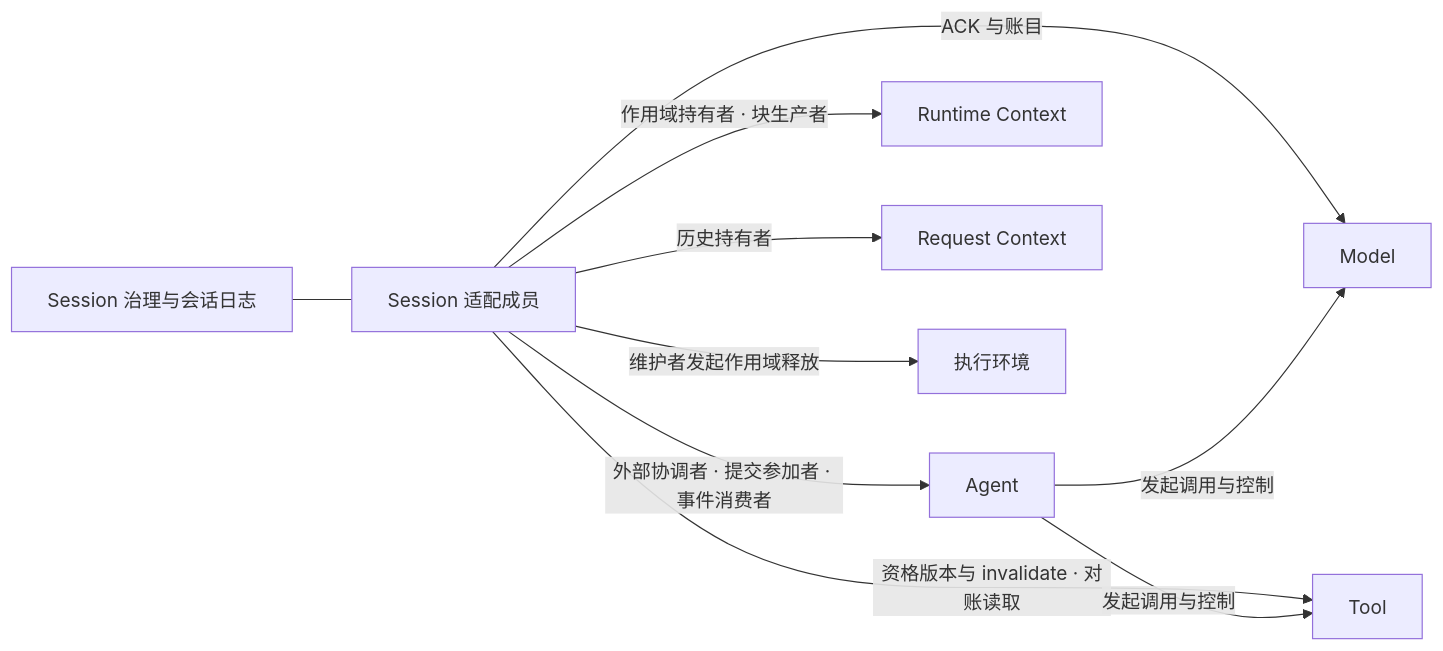
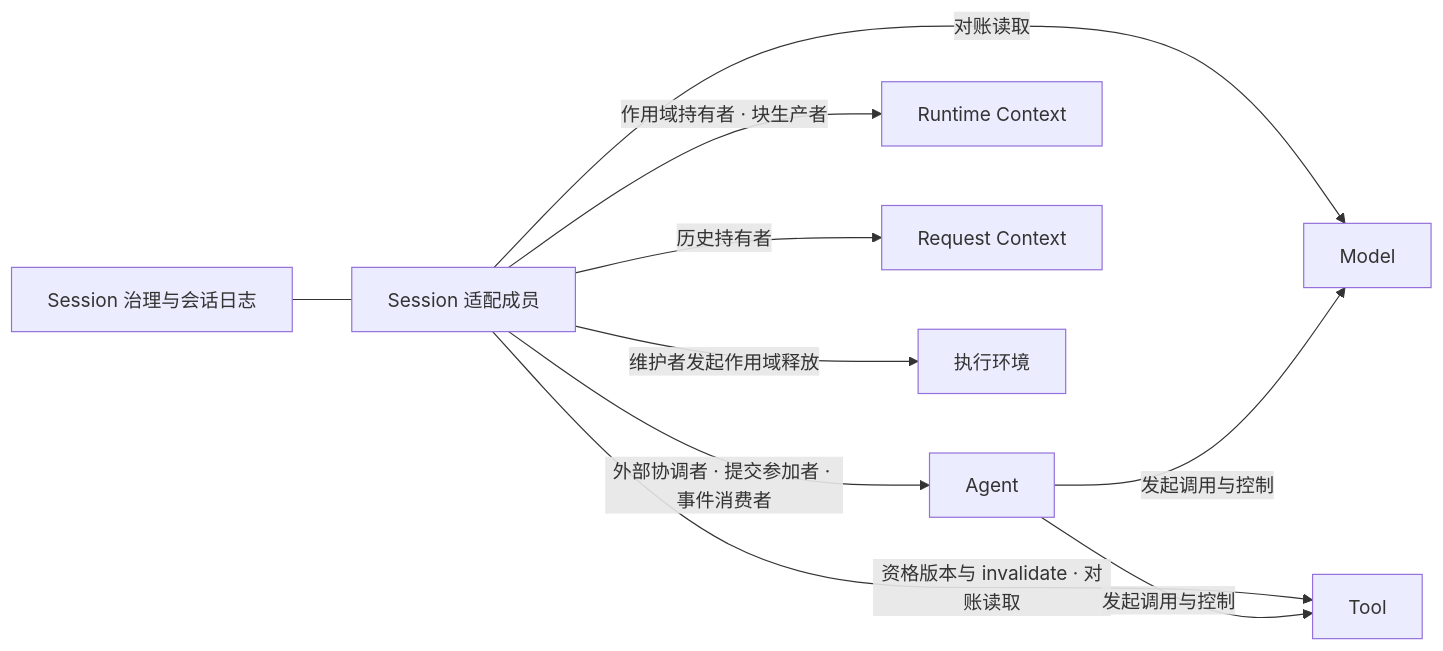
The first of 9 diagrams in docs/architecture/runtime/session-and-run.md (nemori-ai/omne-harness-lite), drawn with Mermaid before and after one commit. The commit also changed other lines of this file and 15 other files, not shown here.

````diff
--- a/docs/architecture/runtime/session-and-run.md
+++ b/docs/architecture/runtime/session-and-run.md
@@ -40,12 +40,12 @@
 ```mermaid
 flowchart LR
     Gov[Session 治理与会话日志] --- Adapters[Session 适配成员]
     Adapters -->|外部协调者 · 提交参加者 · 事件消费者| Agent[Agent]
-    Adapters -->|ACK 与账目| Model[Model]
+    Adapters -->|对账读取| Model[Model]
     Adapters -->|资格版本与 invalidate · 对账读取| Tool[Tool]
     Adapters -->|作用域持有者 · 块生产者| RC[Runtime Context]
     Adapters -->|历史持有者| RQ[Request Context]
     Adapters -->|维护者发起作用域释放| EE[执行环境]
     Agent -->|发起调用与控制| Model
     Agent -->|发起调用与控制| Tool
 ```
````
